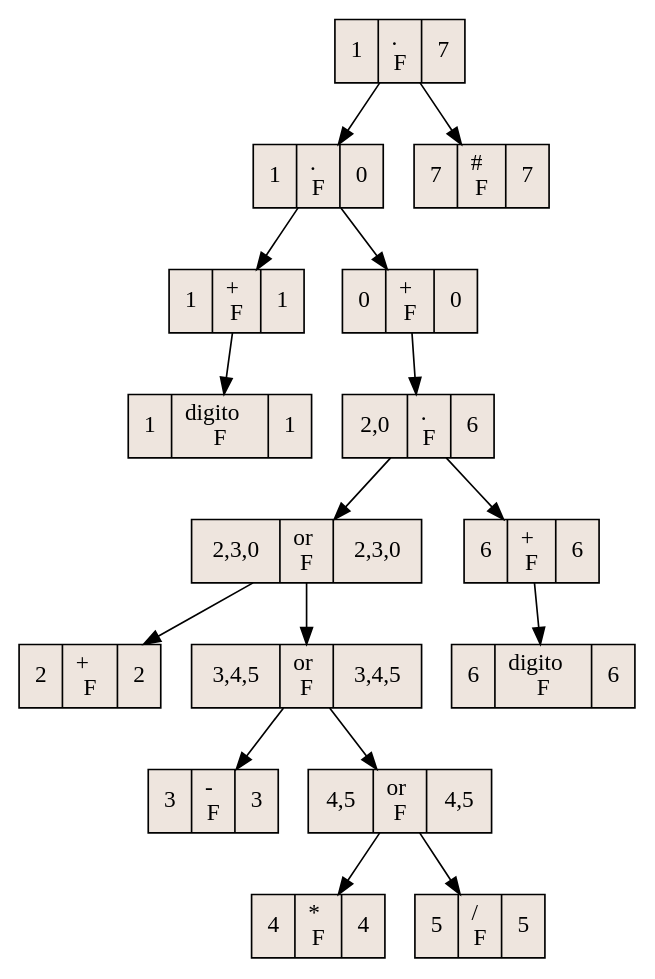
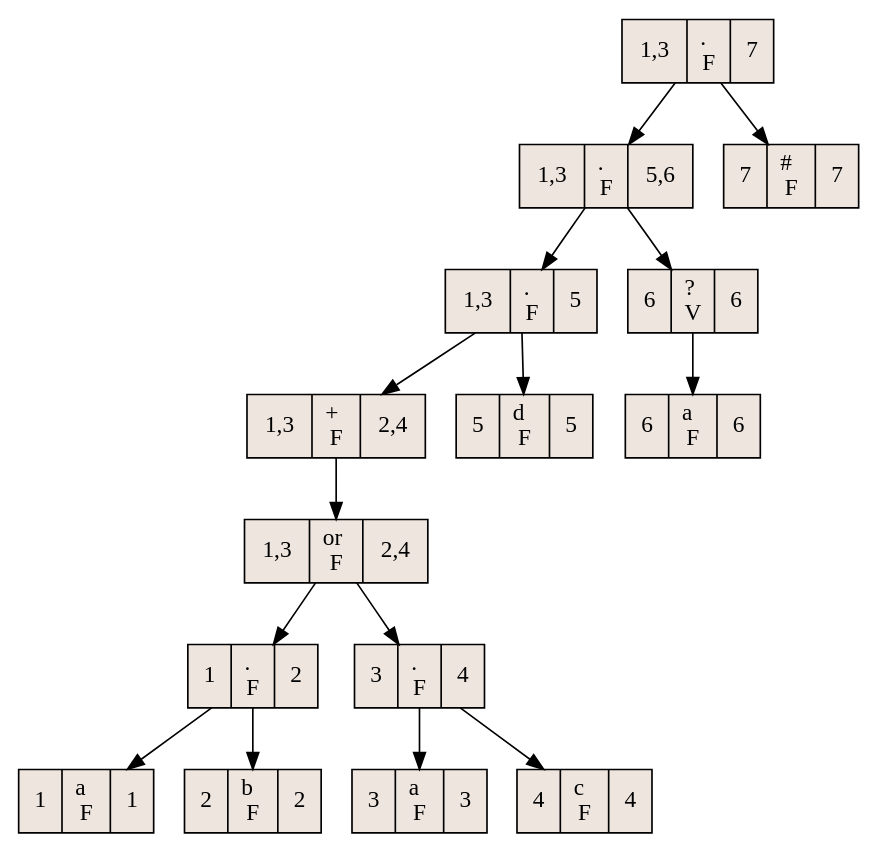
The diagram in aux_grafico.dot (elJuanjoRamos/OLC1_Practica1), drawn with Graphviz before and after one commit. The commit also changed 42 other files, not shown here.

```diff
--- a/aux_grafico.dot
+++ b/aux_grafico.dot
@@ -1,35 +1,33 @@
 digraph grafica{
 rankdir=TB;
 node [shape = record, style=filled, fillcolor=seashell2];
-nodo53 [ label ="1|.\lF|7"];
-nodo51 [ label ="1|.\lF|0"];
-nodo50 [ label ="1|+\lF|1"];
-nodo49 [ label ="1|digito\lF|1"];
-nodo50->nodo49
-nodo51->nodo50
-nodo48 [ label ="0|+\lF|0"];
-nodo47 [ label ="2,0|.\lF|6"];
-nodo46 [ label ="2,3,0|or\lF|2,3,0"];
-nodo45 [ label ="2| + \lF|2"];
-nodo46->nodo45
-nodo44 [ label ="3,4,5|or\lF|3,4,5"];
-nodo43 [ label ="3| - \lF|3"];
-nodo44->nodo43
-nodo42 [ label ="4,5|or\lF|4,5"];
-nodo41 [ label ="4| * \lF|4"];
-nodo42->nodo41
-nodo40 [ label ="5| / \lF|5"];
-nodo42->nodo40
-nodo44->nodo42
-nodo46->nodo44
-nodo47->nodo46
-nodo39 [ label ="6|+\lF|6"];
-nodo38 [ label ="6|digito\lF|6"];
-nodo39->nodo38
-nodo47->nodo39
-nodo48->nodo47
-nodo51->nodo48
-nodo53->nodo51
-nodo52 [ label ="7|#\lF|7"];
-nodo53->nodo52
+nodo15 [ label ="1,3|.\lF|7"];
+nodo13 [ label ="1,3|.\lF|5,6"];
+nodo12 [ label ="1,3|.\lF|5"];
+nodo11 [ label ="1,3|+\lF|2,4"];
+nodo10 [ label ="1,3|or\lF|2,4"];
+nodo9 [ label ="1|.\lF|2"];
+nodo8 [ label ="1| a \lF|1"];
+nodo9->nodo8
+nodo7 [ label ="2| b \lF|2"];
+nodo9->nodo7
+nodo10->nodo9
+nodo6 [ label ="3|.\lF|4"];
+nodo5 [ label ="3| a \lF|3"];
+nodo6->nodo5
+nodo4 [ label ="4| c \lF|4"];
+nodo6->nodo4
+nodo10->nodo6
+nodo11->nodo10
+nodo12->nodo11
+nodo3 [ label ="5| d \lF|5"];
+nodo12->nodo3
+nodo13->nodo12
+nodo2 [ label ="6|?\lV|6"];
+nodo1 [ label ="6| a \lF|6"];
+nodo2->nodo1
+nodo13->nodo2
+nodo15->nodo13
+nodo14 [ label ="7|#\lF|7"];
+nodo15->nodo14
 }
```
